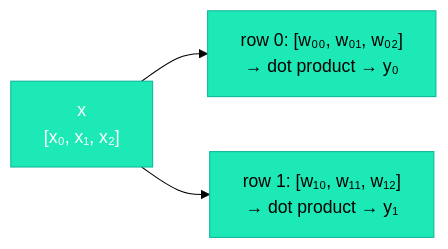
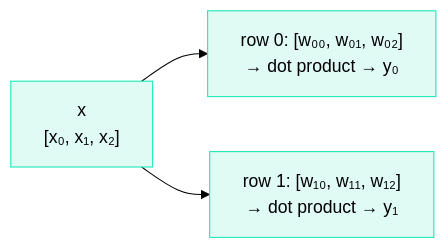
One commit to iamkhalid2/microgpt-course changed the diagram in docs/03-the-architecture/02-linear-layers.md. Above: the diagram before and after it, drawn with Mermaid (forest theme). The commit also changed 21 other files, not shown here.

Commit message:
Fix Mermaid: remove hardcoded text color (theme-adaptive), add mobile scrolling, fix \\n to br

````diff
--- a/docs/03-the-architecture/02-linear-layers.md
+++ b/docs/03-the-architecture/02-linear-layers.md
@@ -73,9 +73,9 @@
 ```mermaid
 flowchart LR
-    X["x\n[x₀, x₁, x₂]"] --> ROW0["row 0: [w₀₀, w₀₁, w₀₂]\n→ dot product → y₀"]
-    X --> ROW1["row 1: [w₁₀, w₁₁, w₁₂]\n→ dot product → y₁"]
+    X["x<br>[x₀, x₁, x₂]"] --> ROW0["row 0: [w₀₀, w₀₁, w₀₂]<br>→ dot product → y₀"]
+    X --> ROW1["row 1: [w₁₀, w₁₁, w₁₂]<br>→ dot product → y₁"]
 
-    style X fill:#1de9b6,stroke:#0db99a,color:#fff
-    style ROW0 fill:#1de9b6,stroke:#0db99a,color:#000
-    style ROW1 fill:#1de9b6,stroke:#0db99a,color:#000
+    style X fill:#e0faf4,stroke:#1de9b6
+    style ROW0 fill:#e0faf4,stroke:#1de9b6
+    style ROW1 fill:#e0faf4,stroke:#1de9b6
 ```
````
